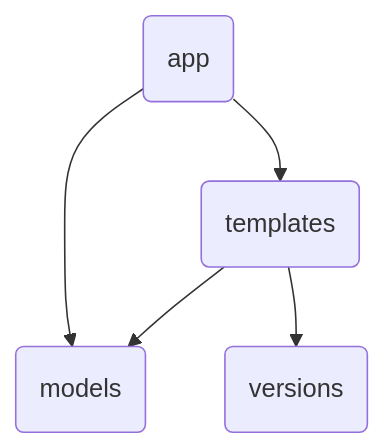
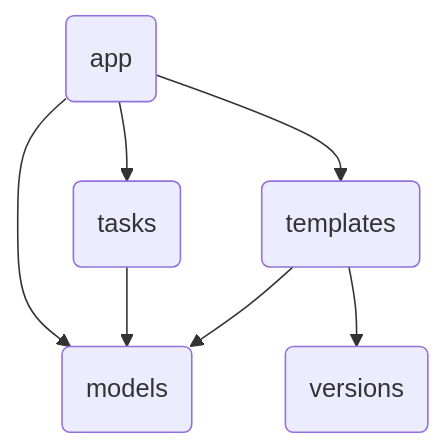
The diagram in README.md (williamjacksn/video-index), drawn with Mermaid before and after one commit.

Commit message:
Update module dependency graph

````diff
--- a/README.md
+++ b/README.md
@@ -7,12 +7,15 @@
 ```mermaid
 graph TD
     a(app)
     m(models)
-    t(templates)
+    ta(tasks)
+    te(templates)
     v(versions)
 
-    a --> m
-    a --> t
-    t --> m
-    t --> v
+    a  --> m
+    a  --> ta
+    a  --> te
+    ta --> m
+    te --> m
+    te --> v
 ```
````
